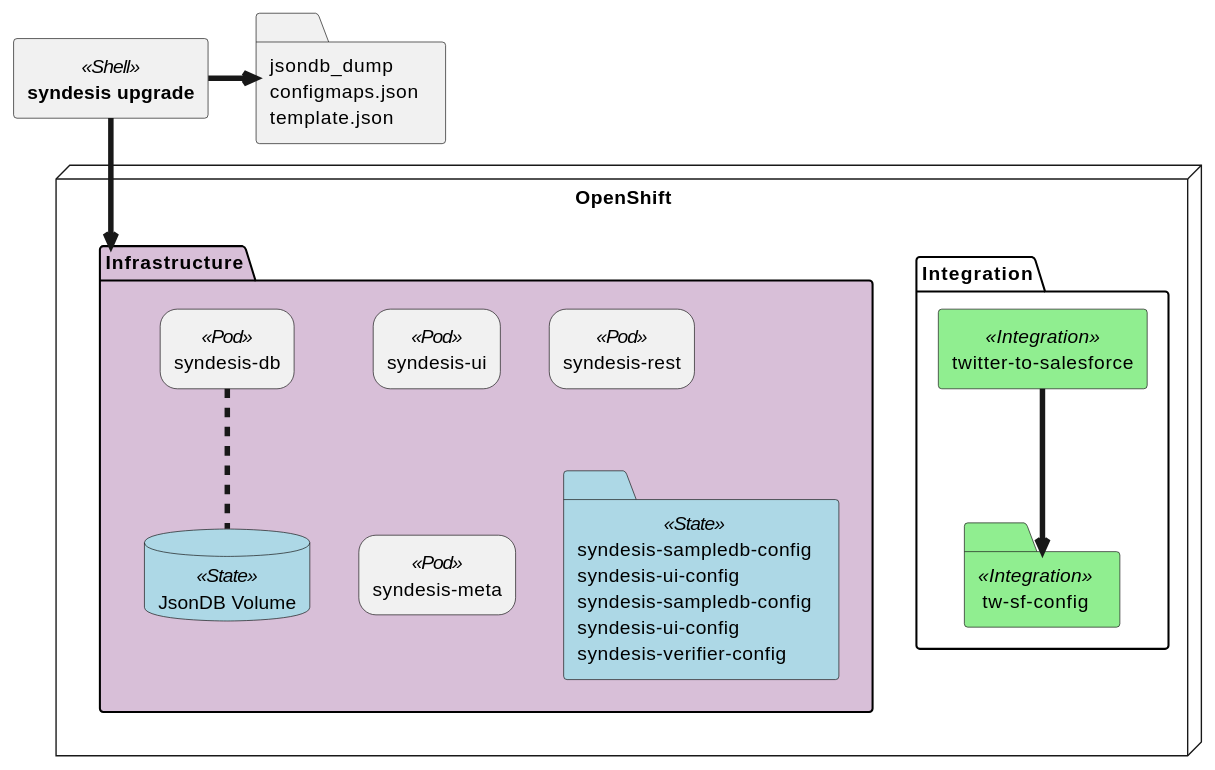
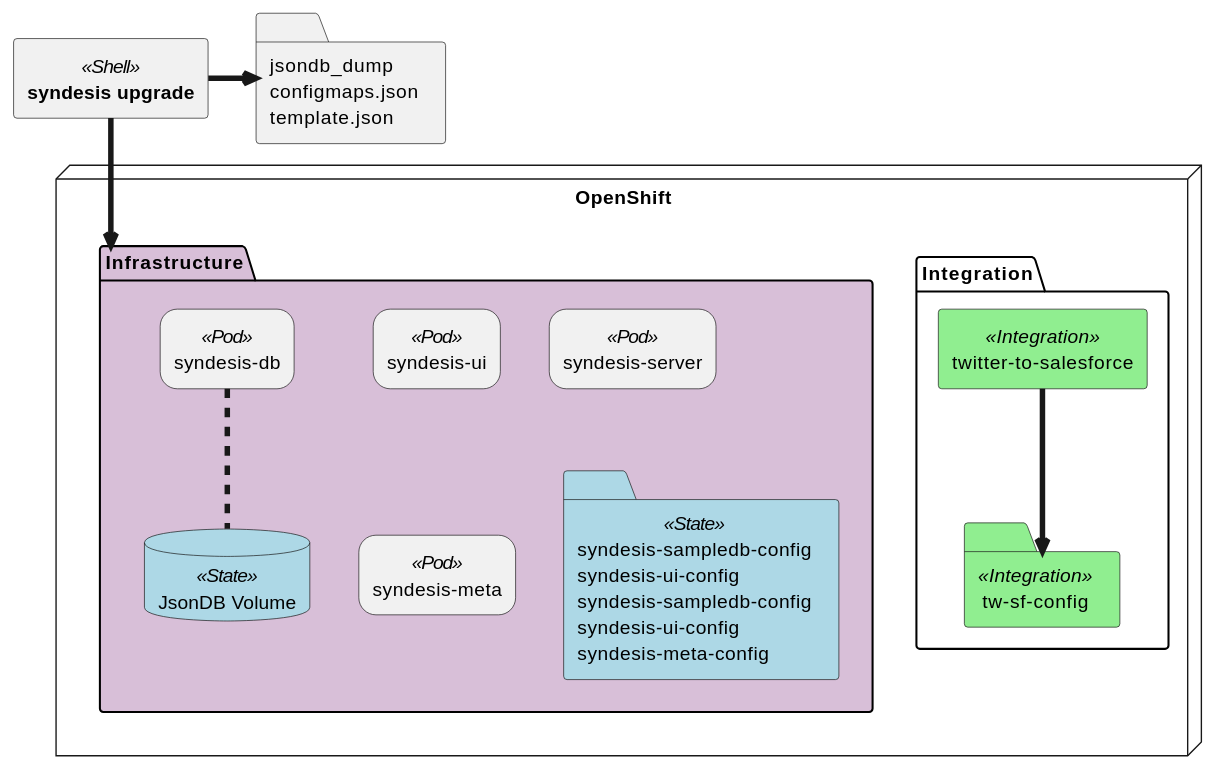
Before and after one commit to syndesisio/syndesis: the diagram in project/proposals/971-upgrade.adoc, drawn with PlantUML. The commit also changed other lines of this file and 1836 other files, not shown here.

```diff
--- a/project/proposals/971-upgrade.adoc
+++ b/project/proposals/971-upgrade.adoc
@@ -41,64 +41,64 @@
 [plantuml,syndesis-upgrade-from-outside,png]
 ....
 @startuml
 ' tag::uml[]
 ' see http://plantuml.com/deployment-diagram for syntax of this diagram:
 
 ' Some nice colors ...
 skinparam sequenceArrowThickness 4
 skinparam rectangle {
   roundCorner<<Pod>> 25
   BackgroundColor<<Integration>> LightGreen
 }
 skinparam folder {
   BackgroundColor<<State>> LightBlue
   BackgroundColor<<Integration>> LightGreen
 }
 skinparam database {
   BackgroundColor<<State>> LightBlue
 }
 
 ' ======== Script
 rectangle "<b>syndesis upgrade</b>" <<Shell>> as cli
 folder backup [
 jsondb_dump
 configmaps.json
 template.json
 ]
 
 ' ======== Cluster
 node OpenShift {
 
    package Integration as integration {
      rectangle "twitter-to-salesforce" <<Integration>> as twsf
      folder Secrets <<Integration>> [
      tw-sf-config
      ]
    }
 
    package Infrastructure as infra #thistle {
      rectangle "syndesis-ui" <<Pod>> as ui
-     rectangle "syndesis-rest" <<Pod>> as rest
+     rectangle "syndesis-server" <<Pod>> as rest
      rectangle "syndesis-db" <<Pod>> as db
 
      rectangle "syndesis-meta" <<Pod>> as meta
      folder ConfigMap <<State>> [
      syndesis-sampledb-config
      syndesis-ui-config
      syndesis-sampledb-config
      syndesis-ui-config
-     syndesis-verifier-config
+     syndesis-meta-config
      ]
      database "JsonDB Volume" <<State>> as pv
    }
 }
 
 ' ====== Links
 db .down. pv
 cli -down-> infra
 cli -right-> backup
 twsf -down-> Secrets
 
 ' end::uml[]
 @enduml
 ....
```
